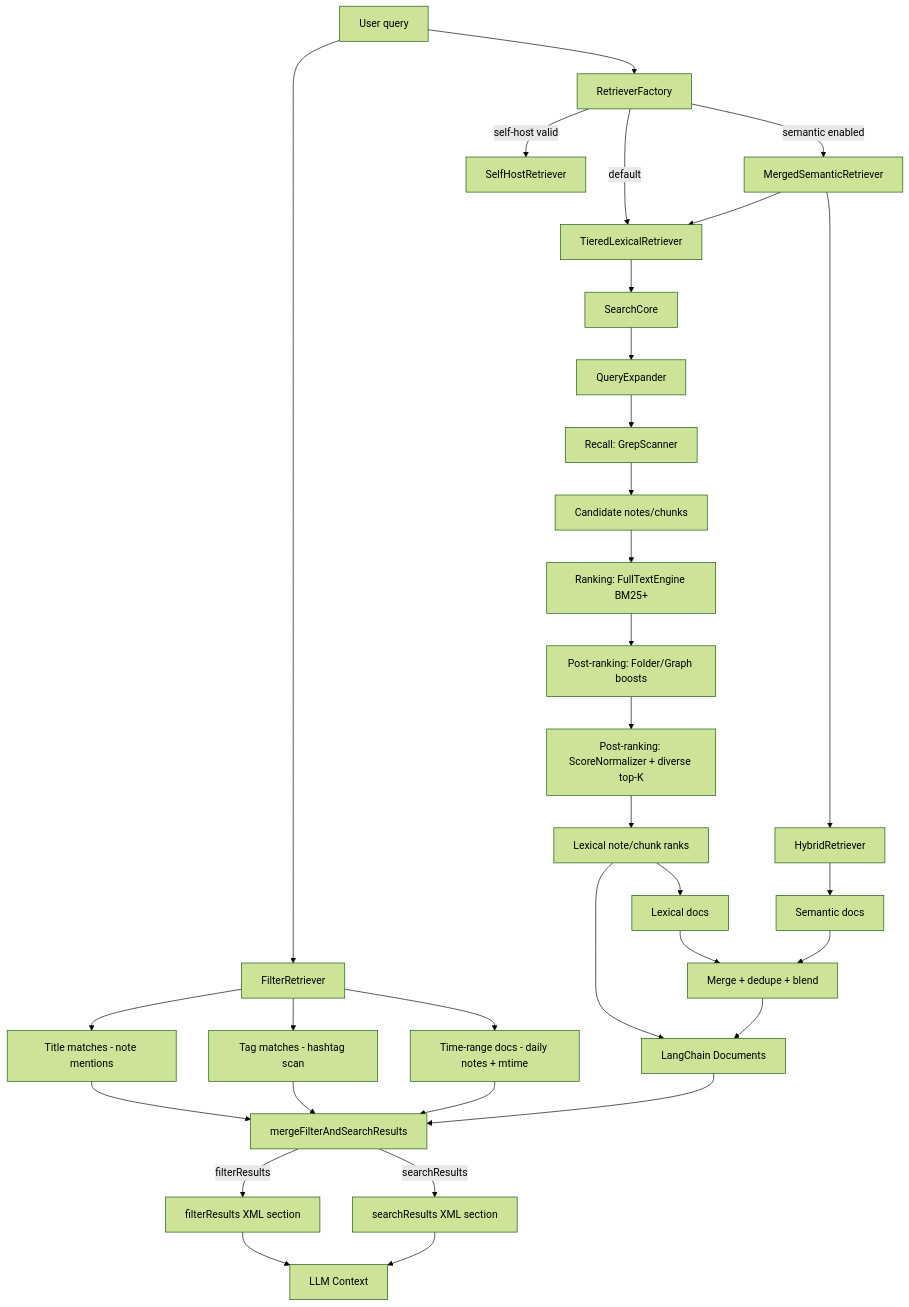
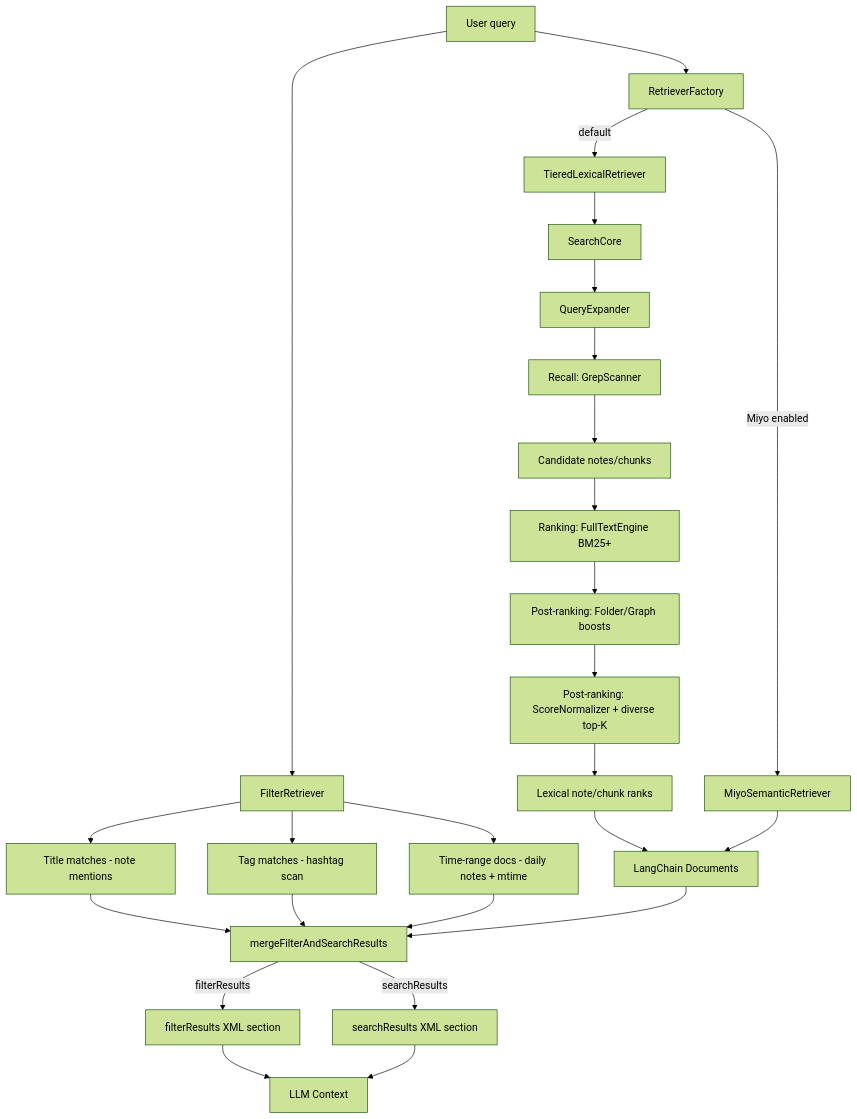
The diagram in src/search/v3/README.md (logancyang/obsidian-copilot), drawn with Mermaid (forest theme) before and after one commit. The commit also changed other lines of this file and 57 other files, not shown here.

````diff
--- a/src/search/v3/README.md
+++ b/src/search/v3/README.md
@@ -8,41 +8,34 @@
 ```mermaid
 graph TD
     A[User query] --> B[RetrieverFactory]
     A --> FR[FilterRetriever]
 
     FR --> FR1[Title matches - note mentions]
     FR --> FR2[Tag matches - hashtag scan]
     FR --> FR3[Time-range docs - daily notes + mtime]
 
     B -->|default| C[TieredLexicalRetriever]
-    B -->|semantic enabled| D[MergedSemanticRetriever]
-    B -->|self-host valid| E[SelfHostRetriever]
+    B -->|Miyo enabled| D[MiyoSemanticRetriever]
 
     C --> F[SearchCore]
     F --> G[QueryExpander]
     G --> H[Recall: GrepScanner]
     H --> I[Candidate notes/chunks]
     I --> J[Ranking: FullTextEngine BM25+]
     J --> K[Post-ranking: Folder/Graph boosts]
     K --> Q[Post-ranking: ScoreNormalizer + diverse top-K]
     Q --> R[Lexical note/chunk ranks]
     R --> L[LangChain Documents]
 
-    D --> C
-    D --> M[HybridRetriever]
-    R --> N[Lexical docs]
-    M --> O[Semantic docs]
-    N --> P[Merge + dedupe + blend]
-    O --> P
-    P --> L
+    D --> L
 
     FR1 --> MR[mergeFilterAndSearchResults]
     FR2 --> MR
     FR3 --> MR
     L --> MR
 
     MR --> |filterResults| XML1[filterResults XML section]
     MR --> |searchResults| XML2[searchResults XML section]
     XML1 --> LLM[LLM Context]
     XML2 --> LLM
 ```
````
